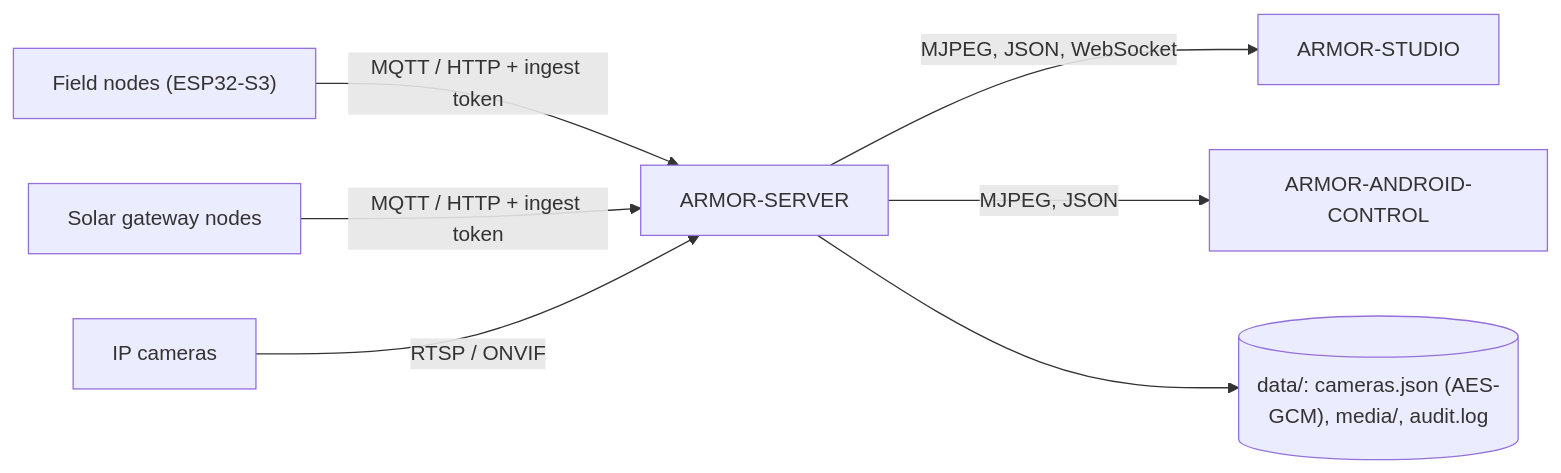
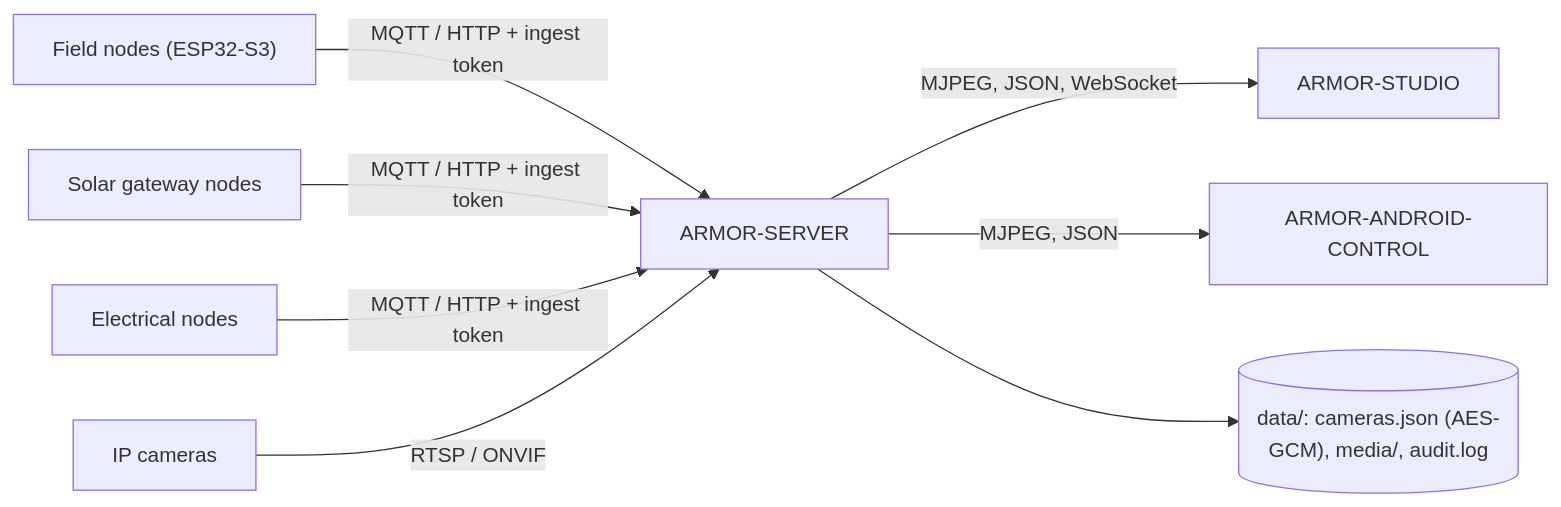
Before and after one commit to JuanenRac/ARMOR-SERVER: the diagram in README_fra.md, drawn with Mermaid. The commit also changed other lines of this file and 7 other files, not shown here.

````diff
--- a/README_fra.md
+++ b/README_fra.md
@@ -49,9 +49,10 @@
 ```mermaid
 flowchart LR
     N["Field nodes (ESP32-S3)"] -->|MQTT / HTTP + ingest token| S["ARMOR-SERVER"]
     G["Solar gateway nodes"] -->|MQTT / HTTP + ingest token| S
+    E["Electrical nodes"] -->|MQTT / HTTP + ingest token| S
     C["IP cameras"] -->|RTSP / ONVIF| S
     S -->|"MJPEG, JSON, WebSocket"| U["ARMOR-STUDIO"]
     S -->|"MJPEG, JSON"| A["ARMOR-ANDROID-CONTROL"]
     S --> D[("data/: cameras.json (AES-GCM), media/, audit.log")]
 ```
````
